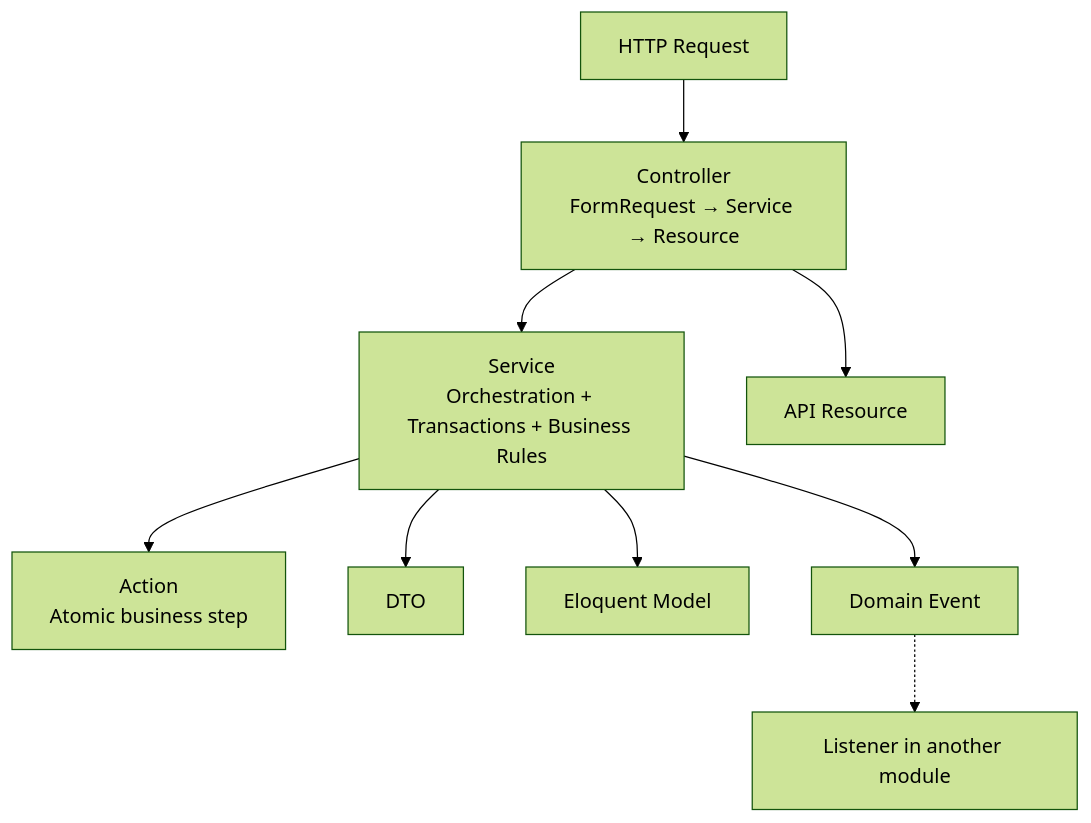
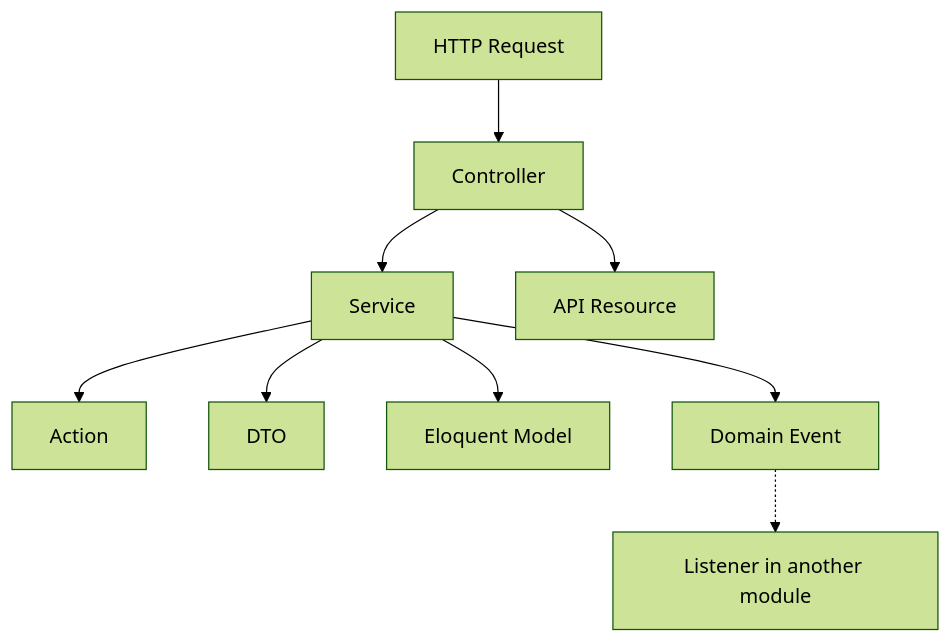
The third of 3 diagrams in doc/constitution.md (Shahrokh1383/larablog), drawn with Mermaid (forest theme) before and after one commit. The commit also changed other lines of this file, not shown here.

````diff
--- a/doc/constitution.md
+++ b/doc/constitution.md
@@ -275,11 +239,11 @@
 ```mermaid
 flowchart TD
-    REQ[HTTP Request] --> CTL[Controller<br/>FormRequest → Service → Resource]
-    CTL --> SVC[Service<br/>Orchestration + Transactions + Business Rules]
-    SVC --> ACT[Action<br/>Atomic business step]
+    REQ[HTTP Request] --> CTL[Controller]
+    CTL --> SVC[Service]
+    SVC --> ACT[Action]
     SVC --> DTO[DTO]
     SVC --> MDL[Eloquent Model]
     SVC --> EVT[Domain Event]
     EVT -.-> LSN[Listener in another module]
     CTL --> RES[API Resource]
 ```
````
